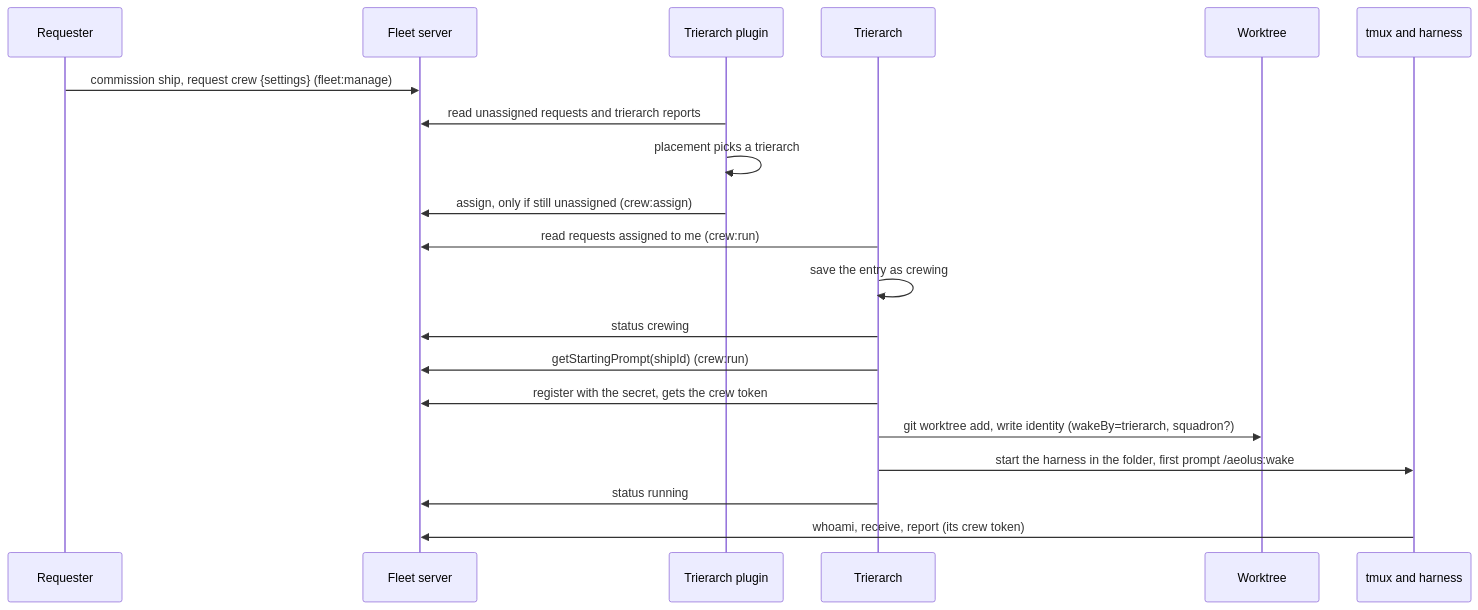
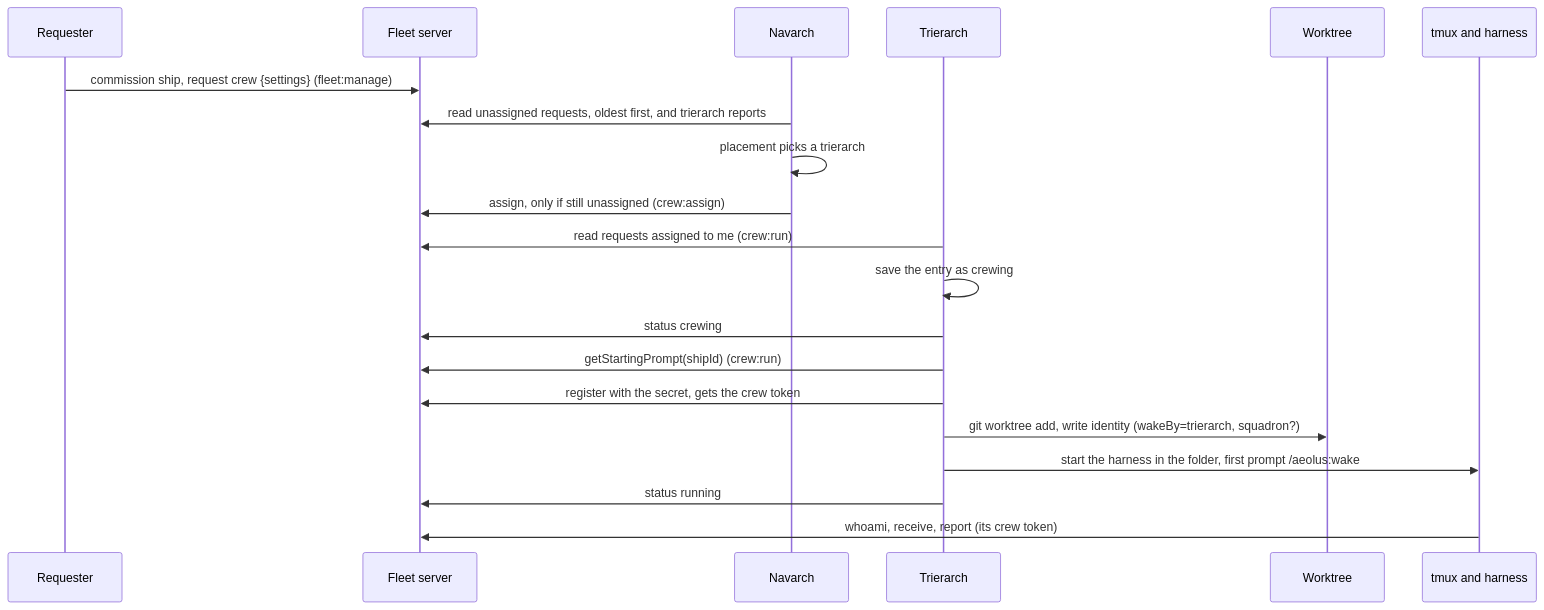
Before and after one commit to ThomasHendrickx/aeolus-fleet: the third of 6 diagrams in docs/architecture.md, drawn with Mermaid. The commit also changed other lines of this file and 9 other files, not shown here.

First line of the commit message:
docs(navarch): move Thomas's answers to the trierarch questions into the docs

````diff
--- a/docs/architecture.md
+++ b/docs/architecture.md
@@ -258,22 +258,22 @@
 ```mermaid
 sequenceDiagram
   participant R as Requester
   participant F as Fleet server
-  participant P as Trierarch plugin
+  participant P as Navarch
   participant T as Trierarch
   participant W as Worktree
   participant X as tmux and harness
   R->>F: commission ship, request crew {settings} (fleet:manage)
-  P->>F: read unassigned requests and trierarch reports
+  P->>F: read unassigned requests, oldest first, and trierarch reports
   P->>P: placement picks a trierarch
   P->>F: assign, only if still unassigned (crew:assign)
   T->>F: read requests assigned to me (crew:run)
   T->>T: save the entry as crewing
   T->>F: status crewing
   T->>F: getStartingPrompt(shipId) (crew:run)
   T->>F: register with the secret, gets the crew token
   T->>W: git worktree add, write identity (wakeBy=trierarch, squadron?)
   T->>X: start the harness in the folder, first prompt /aeolus:wake
   T->>F: status running
   X->>F: whoami, receive, report (its crew token)
 ```
````
